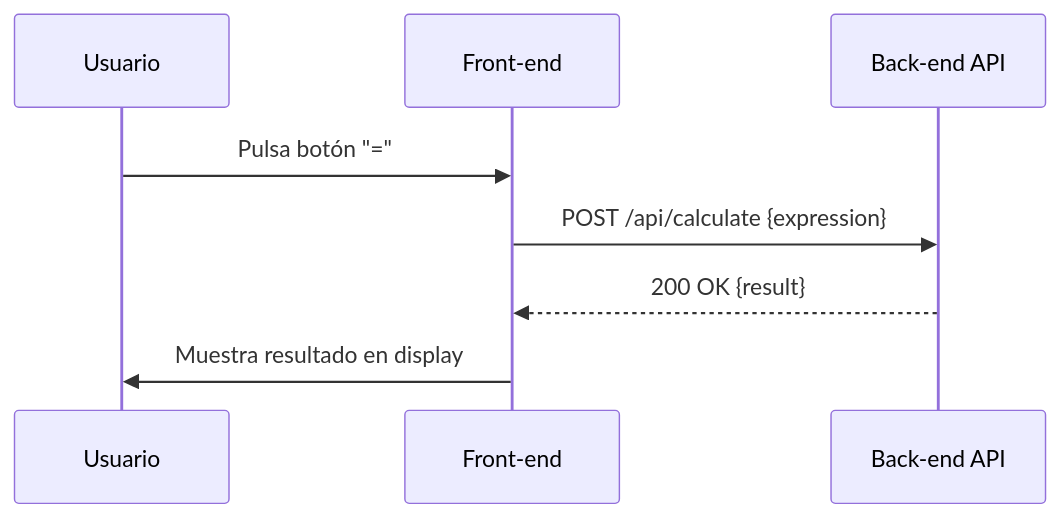
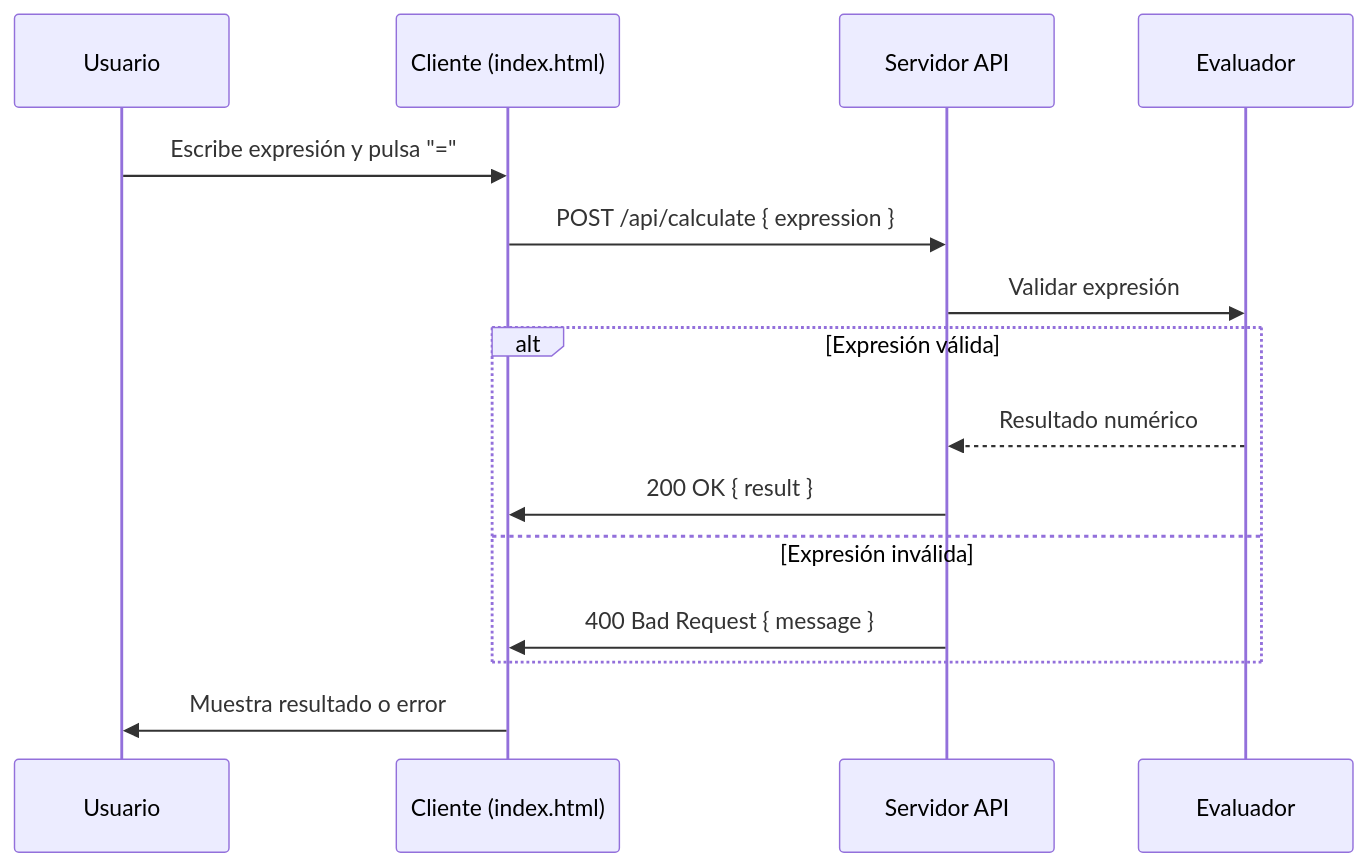
One commit to albertomzai/calculator changed the second of 2 diagrams in docs/frontend_documentation.md. Above: the diagram before and after it, drawn with Mermaid. The commit also changed other lines of this file, not shown here.

````diff
--- a/docs/frontend_documentation.md
+++ b/docs/frontend_documentation.md
@@ -28,11 +124,18 @@
 ```mermaid
 sequenceDiagram
     participant U as Usuario
-    participant F as Front‑end
-    participant B as Back‑end API
+    participant C as Cliente (index.html)
+    participant S as Servidor API
+    participant E as Evaluador
 
-    U->>F: Pulsa botón "="
-    F->>B: POST /api/calculate {expression}
-    B-->>F: 200 OK {result}
-    F->>U: Muestra resultado en display
+    U->>C: Escribe expresión y pulsa "="
+    C->>S: POST /api/calculate { expression }
+    S->>E: Validar expresión
+    alt Expresión válida
+        E-->>S: Resultado numérico
+        S->>C: 200 OK { result }
+    else Expresión inválida
+        S->>C: 400 Bad Request { message }
+    end
+    C->>U: Muestra resultado o error
 ```
````
